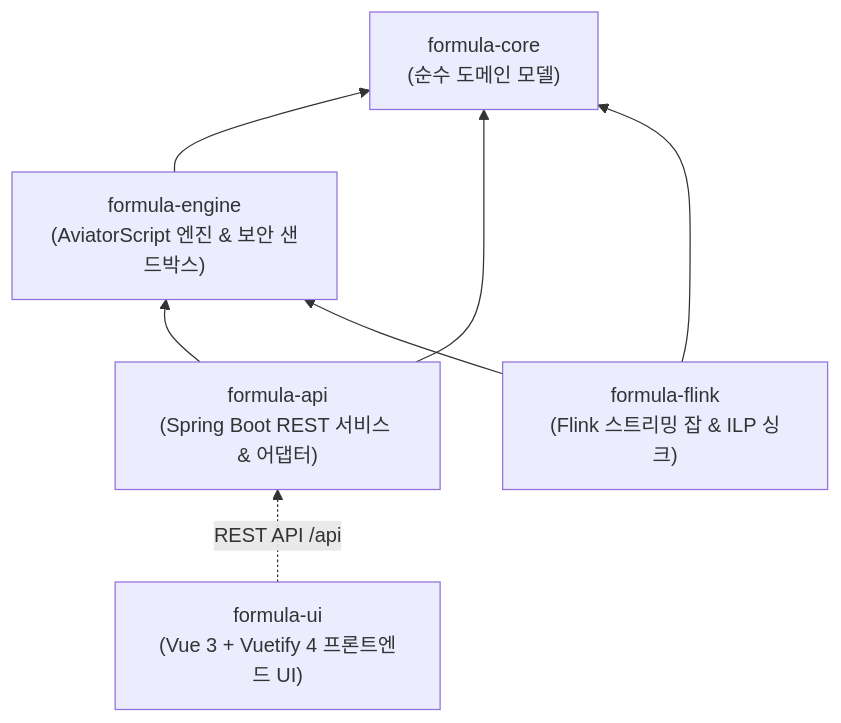
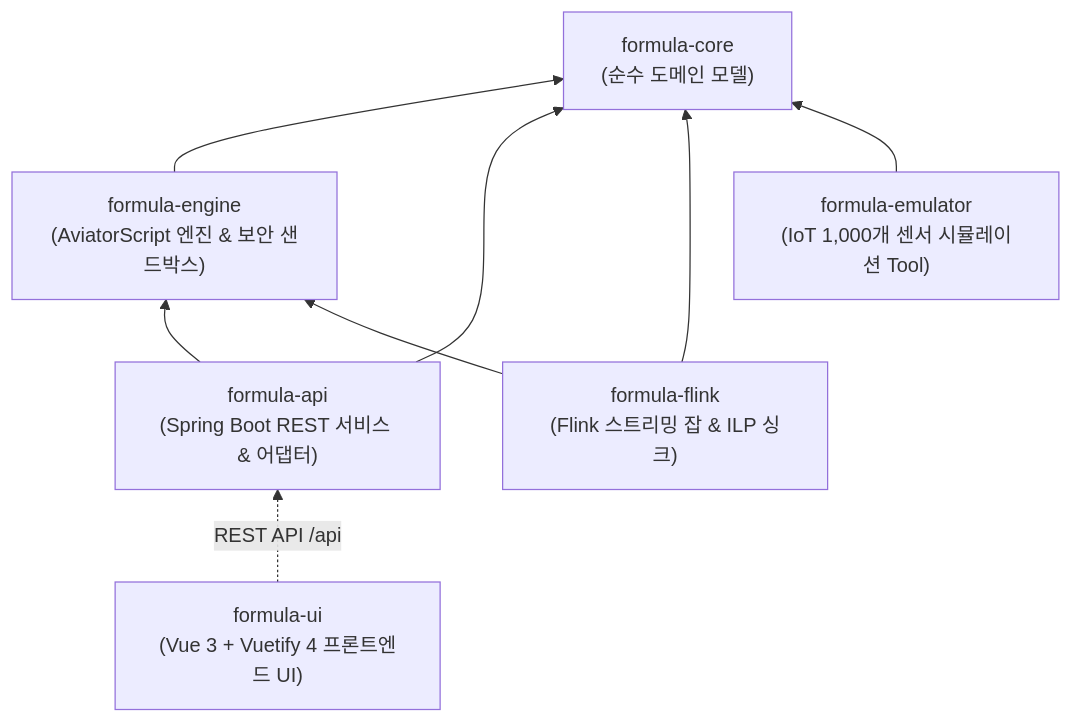
Before and after one commit to imoil/formula-evaluator-service: the second of 2 diagrams in README.md, drawn with Mermaid. The commit also changed other lines of this file and 20 other files, not shown here.

First line of the commit message:
feat: add formula-emulator module and flink pipeline integration

````diff
--- a/README.md
+++ b/README.md
@@ -93,15 +97,17 @@
 ```mermaid
 flowchart BT
     formulaCore["formula-core<br/>(순수 도메인 모델)"]
     formulaEngine["formula-engine<br/>(AviatorScript 엔진 & 보안 샌드박스)"]
     formulaApi["formula-api<br/>(Spring Boot REST 서비스 & 어댑터)"]
     formulaFlink["formula-flink<br/>(Flink 스트리밍 잡 & ILP 싱크)"]
+    formulaEmulator["formula-emulator<br/>(IoT 1,000개 센서 시뮬레이션 Tool)"]
     formulaUi["formula-ui<br/>(Vue 3 + Vuetify 4 프론트엔드 UI)"]
 
     formulaEngine --> formulaCore
     formulaApi --> formulaCore
     formulaApi --> formulaEngine
     formulaFlink --> formulaCore
     formulaFlink --> formulaEngine
+    formulaEmulator --> formulaCore
     formulaUi -.->|REST API /api| formulaApi
 ```
````
